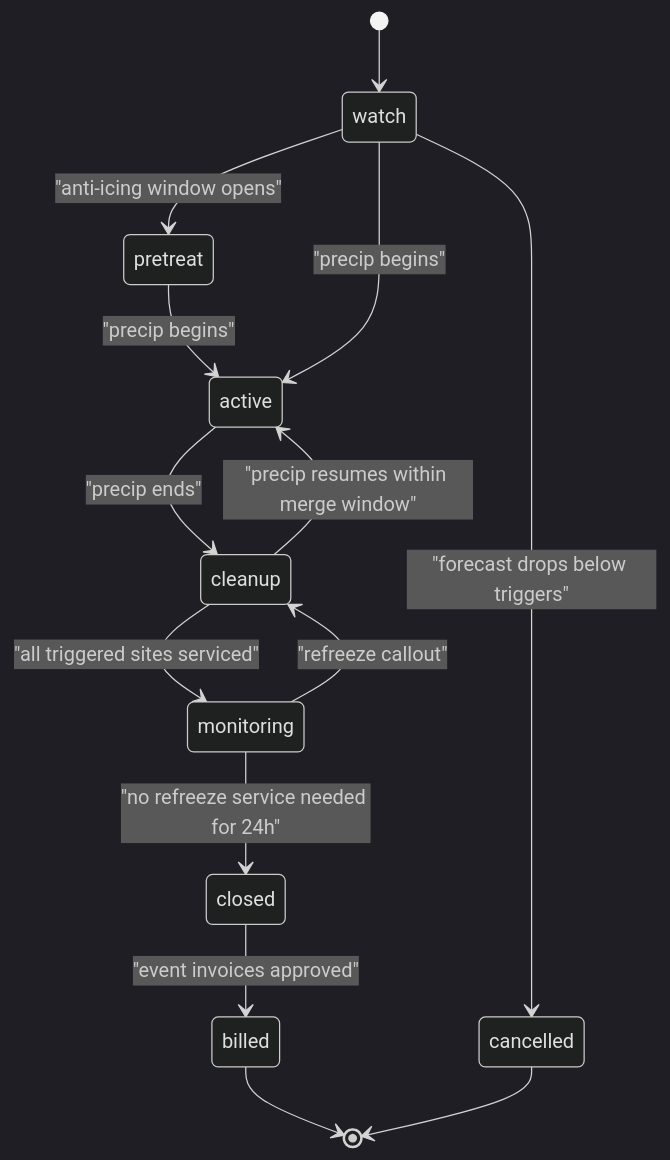
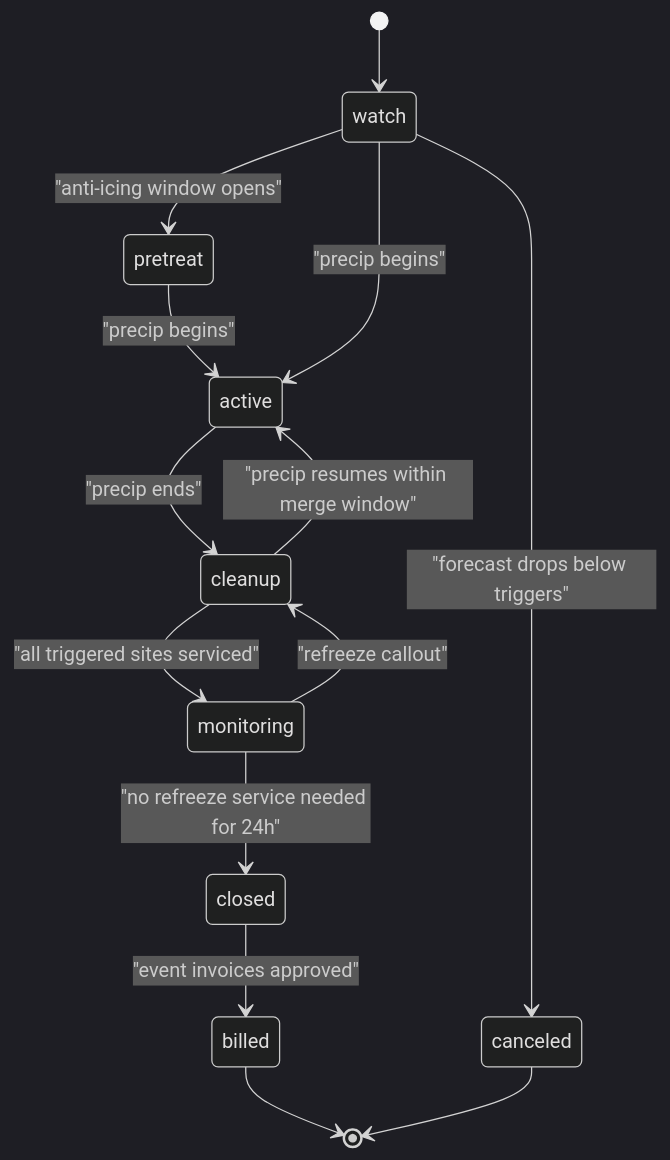
One commit to jdinard/landscape changed the third of 23 diagrams in docs/14-service-line-modules.md. Above: the diagram before and after it, drawn with Mermaid (dark theme). The commit also changed other lines of this file and 21 other files, not shown here.

````diff
--- a/docs/14-service-line-modules.md
+++ b/docs/14-service-line-modules.md
@@ -607,16 +621,16 @@
 ```mermaid
 stateDiagram-v2
     [*] --> watch
     watch --> pretreat : "anti-icing window opens"
-    watch --> cancelled : "forecast drops below triggers"
+    watch --> canceled : "forecast drops below triggers"
     pretreat --> active : "precip begins"
     watch --> active : "precip begins"
     active --> cleanup : "precip ends"
     cleanup --> active : "precip resumes within merge window"
     cleanup --> monitoring : "all triggered sites serviced"
     monitoring --> closed : "no refreeze service needed for 24h"
     monitoring --> cleanup : "refreeze callout"
     closed --> billed : "event invoices approved"
     billed --> [*]
-    cancelled --> [*]
+    canceled --> [*]
 ```
````
